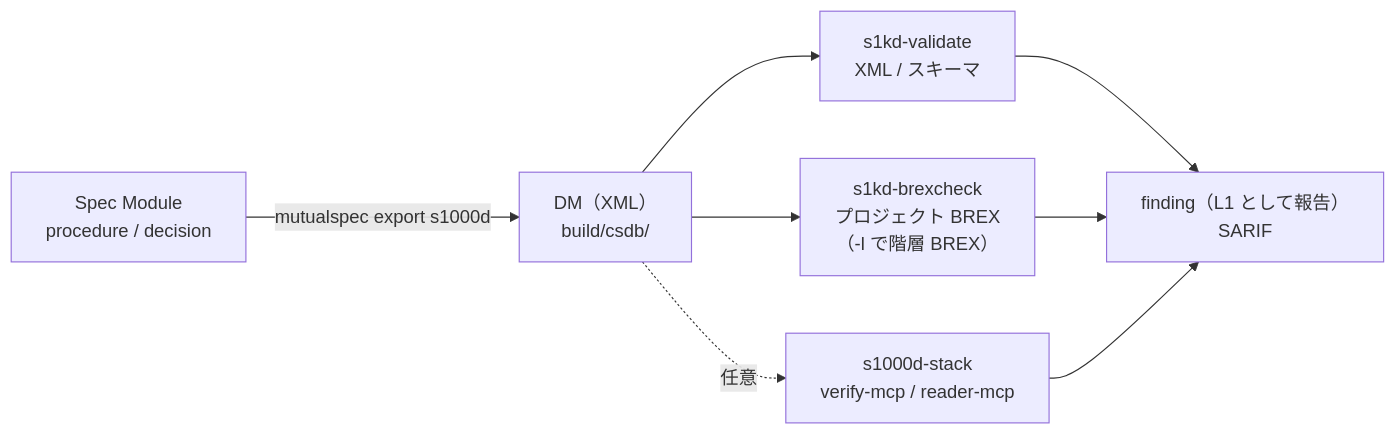
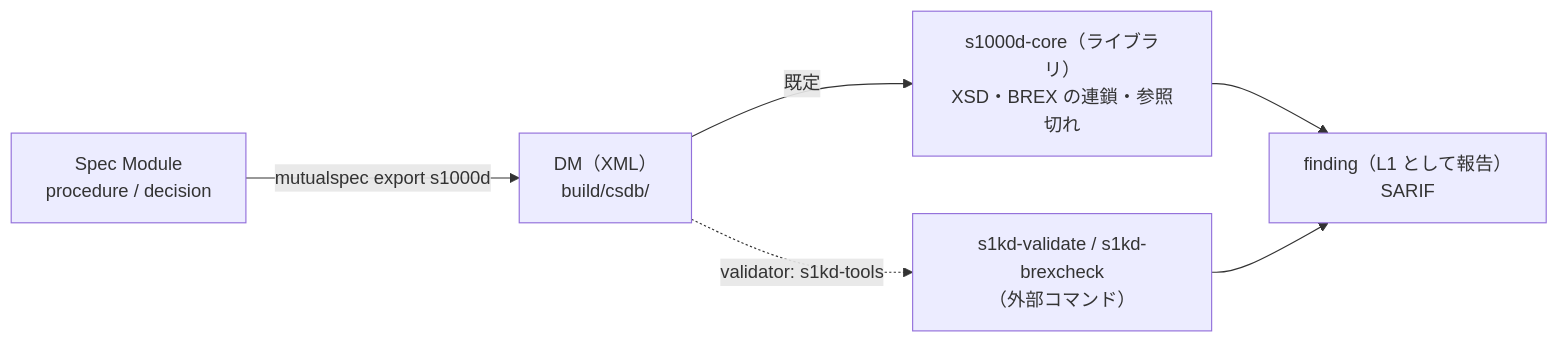
One commit to shuji-bonji/mutualspec changed the diagram in docs/10-s1000d-profile.md. Above: the diagram before and after it, drawn with Mermaid. The commit also changed other lines of this file and 12 other files, not shown here.

Commit message:
fix: 既定の検証器は s1000d-stack、s1kd-tools は選んだときだけ使う形に変更

````diff
--- a/docs/10-s1000d-profile.md
+++ b/docs/10-s1000d-profile.md
@@ -79,10 +80,8 @@
 ```mermaid
 flowchart LR
   SM["Spec Module<br/>procedure / decision"] -->|"mutualspec export s1000d"| DM["DM（XML）<br/>build/csdb/"]
-  DM --> XSD["s1kd-validate<br/>XML / スキーマ"]
-  DM --> BREX["s1kd-brexcheck<br/>プロジェクト BREX<br/>（-l で階層 BREX）"]
-  DM -.->|"任意"| STACK["s1000d-stack<br/>verify-mcp / reader-mcp"]
-  XSD --> REP["finding（L1 として報告）<br/>SARIF"]
-  BREX --> REP
-  STACK --> REP
+  DM -->|"既定"| CORE["s1000d-core（ライブラリ）<br/>XSD・BREX の連鎖・参照切れ"]
+  DM -.->|"validator: s1kd-tools"| S1KD["s1kd-validate / s1kd-brexcheck<br/>（外部コマンド）"]
+  CORE --> REP["finding（L1 として報告）<br/>SARIF"]
+  S1KD --> REP
 ```
````
